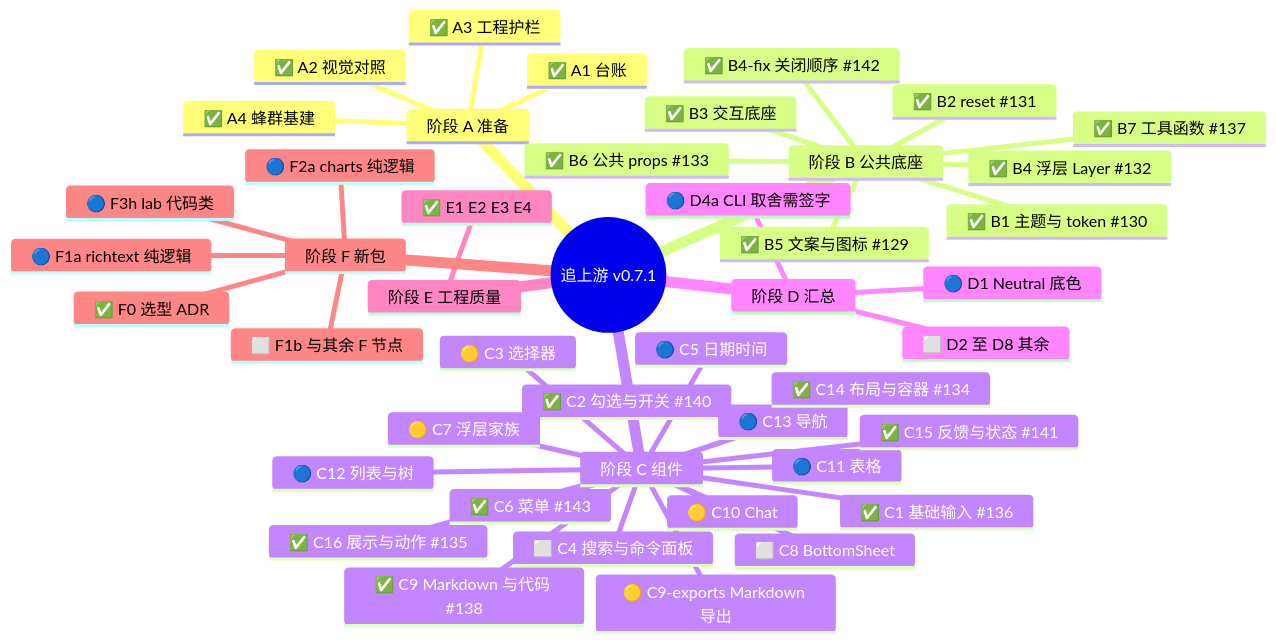
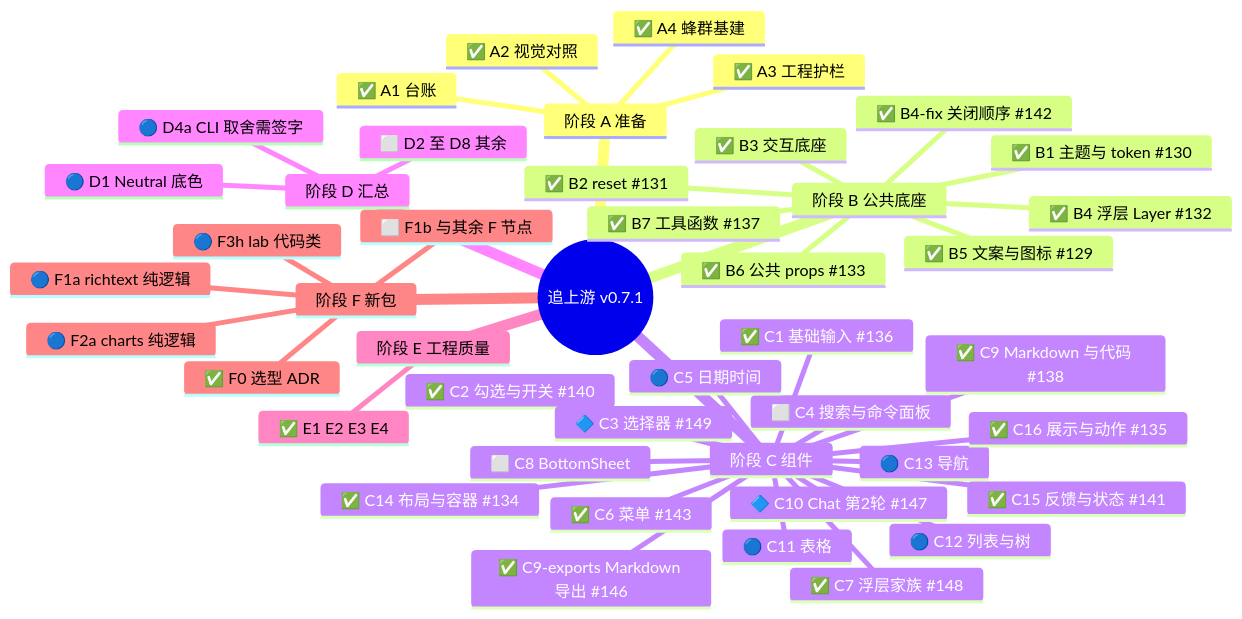
Before and after one commit to astryx-vue/astryx-vue: the diagram in .agents-work/upstream-sync-0.7.1/PR128-BODY.md, drawn with Mermaid. The commit also changed other lines of this file and 2 other files, not shown here.

First line of the commit message:
docs(swarm): 标 C7 与 C9-exports 已完成，C3/C10 改为验收中 (#150)

````diff
--- a/.agents-work/upstream-sync-0.7.1/PR128-BODY.md
+++ b/.agents-work/upstream-sync-0.7.1/PR128-BODY.md
@@ -19,48 +19,48 @@
 ```mermaid
 mindmap
   root((追上游 v0.7.1))
     阶段 A 准备
       ✅ A1 台账
       ✅ A2 视觉对照
       ✅ A3 工程护栏
       ✅ A4 蜂群基建
     阶段 B 公共底座
       ✅ B1 主题与 token #130
       ✅ B2 reset #131
       ✅ B3 交互底座
       ✅ B4 浮层 Layer #132
       ✅ B4-fix 关闭顺序 #142
       ✅ B5 文案与图标 #129
       ✅ B6 公共 props #133
       ✅ B7 工具函数 #137
     阶段 C 组件
       ✅ C1 基础输入 #136
       ✅ C2 勾选与开关 #140
-      🟡 C3 选择器
+      🔷 C3 选择器 #149
       ⬜ C4 搜索与命令面板
       🔵 C5 日期时间
       ✅ C6 菜单 #143
-      🟡 C7 浮层家族
+      ✅ C7 浮层家族 #148
       ⬜ C8 BottomSheet
       ✅ C9 Markdown 与代码 #138
-      🟡 C9-exports Markdown 导出
-      🟡 C10 Chat
+      ✅ C9-exports Markdown 导出 #146
+      🔷 C10 Chat 第2轮 #147
       🔵 C11 表格
       🔵 C12 列表与树
       🔵 C13 导航
       ✅ C14 布局与容器 #134
       ✅ C15 反馈与状态 #141
       ✅ C16 展示与动作 #135
     阶段 D 汇总
       🔵 D1 Neutral 底色
       🔵 D4a CLI 取舍需签字
       ⬜ D2 至 D8 其余
     阶段 E 工程质量
       ✅ E1 E2 E3 E4
     阶段 F 新包
       ✅ F0 选型 ADR
       🔵 F1a richtext 纯逻辑
       🔵 F2a charts 纯逻辑
       🔵 F3h lab 代码类
       ⬜ F1b 与其余 F 节点
 ```
````
